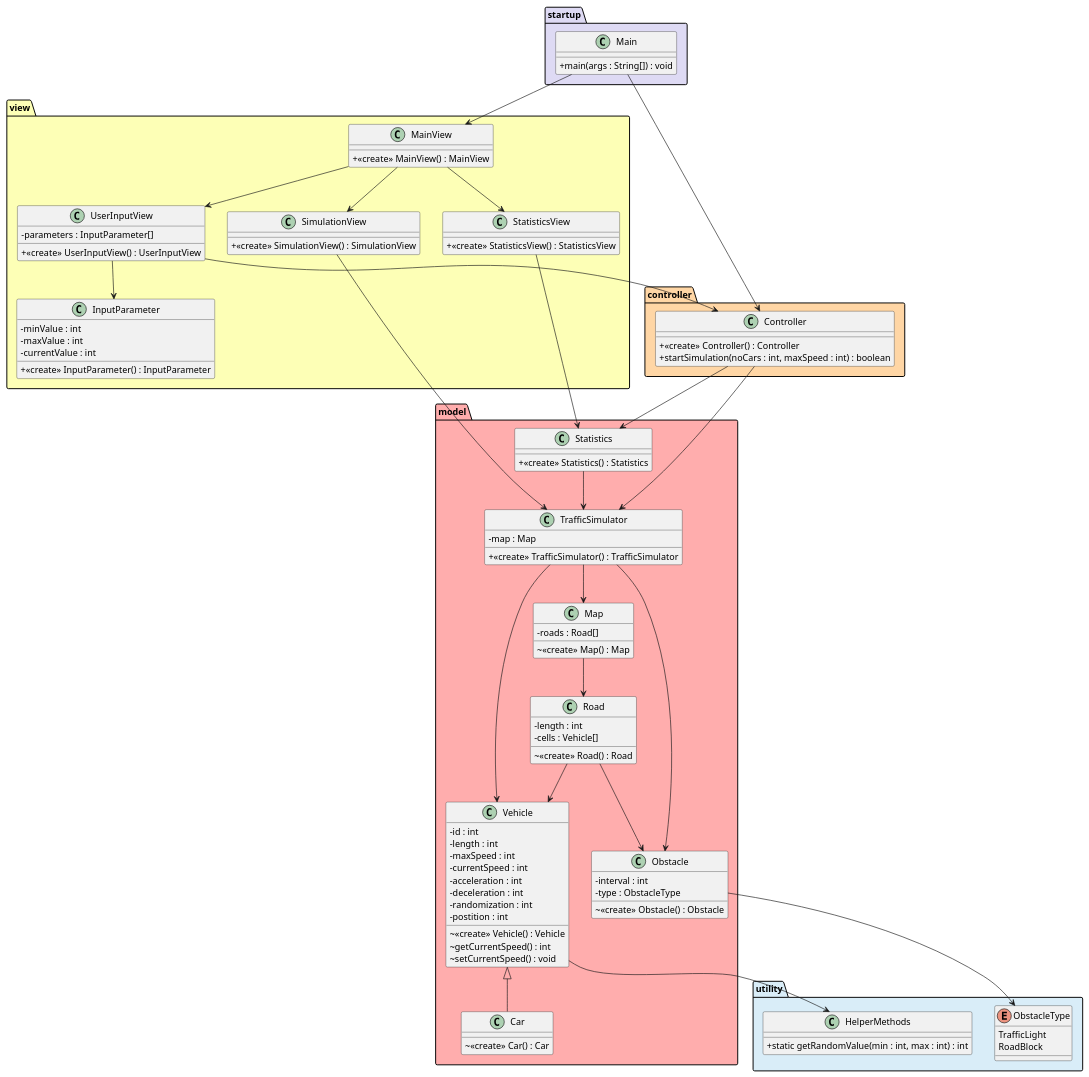
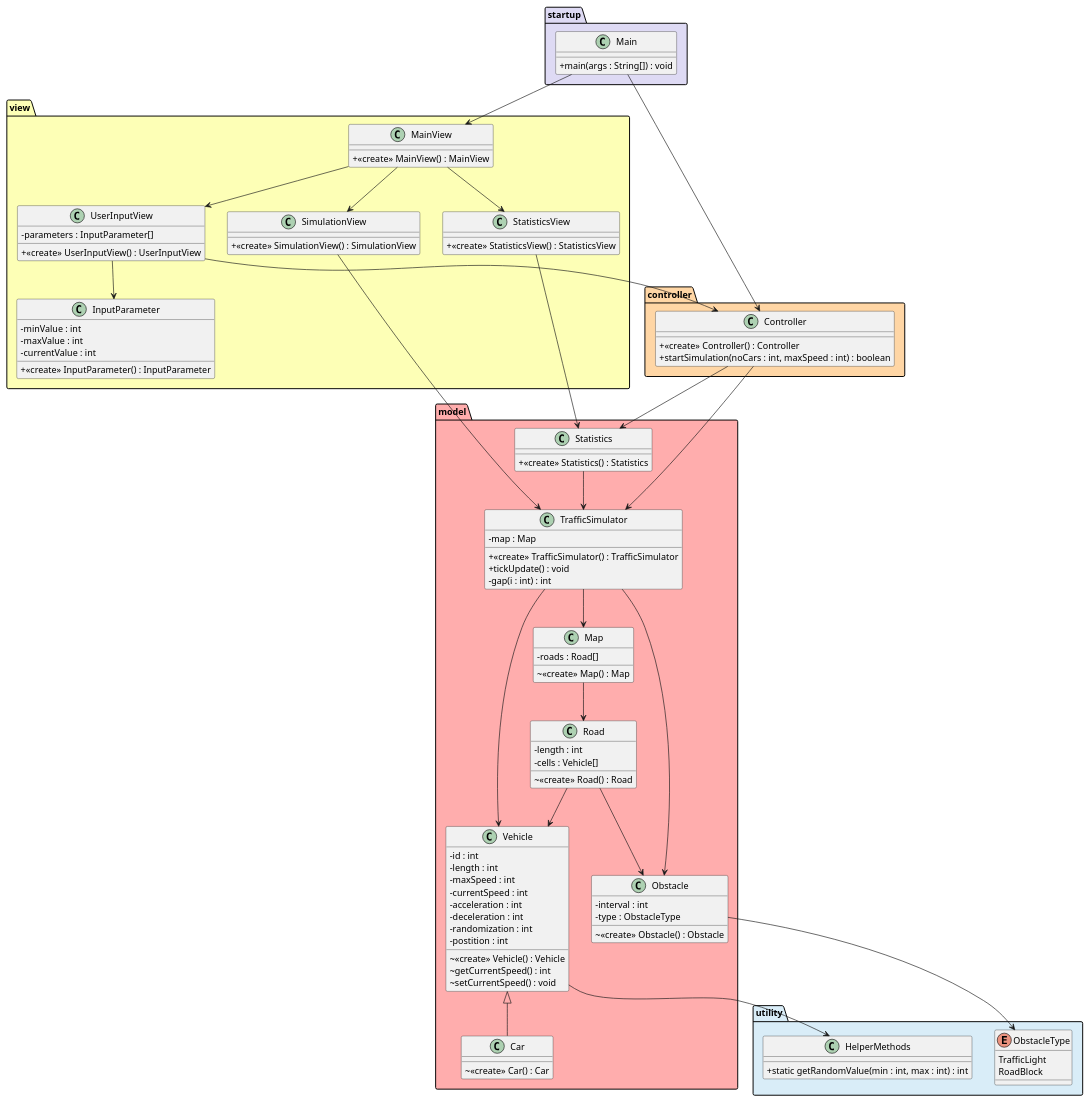
Before and after one commit to holmgren23/traffic-simulator: the diagram in class-diagram.puml, drawn with PlantUML. The commit also changed 1 other file, not shown here.

```diff
--- a/class-diagram.puml
+++ b/class-diagram.puml
@@ -1,145 +1,147 @@
 @startuml TrafficSimulator
 skinparam classAttributeIconSize 0
 
 /'colors
 #FFADAD
 #FFD6A5
 #FDFFB6
 #E4F1EE
 #D9EDF8
 #DEDAF4'/
 
 package model #FFADAD {
   class TrafficSimulator {
   - map : Map
   + <<create>> TrafficSimulator() : TrafficSimulator
+  + tickUpdate() : void
+  - gap(i : int) : int
   }
 
   class Vehicle {
     - id : int
     - length : int
     - maxSpeed : int
     - currentSpeed : int
     - acceleration : int
     - deceleration : int
     - randomization : int
     - postition : int
     ~ <<create>> Vehicle() : Vehicle
     ~ getCurrentSpeed() : int
     ~ setCurrentSpeed() : void
   }
 
   class Car {
     ~ <<create>> Car() : Car
   }
 
   class Map {
     - roads : Road[]
     ~ <<create>> Map() : Map
   }
 
   class Road {
     - length : int
     - cells : Vehicle[]
     ~ <<create>> Road() : Road
   }
 
   class Obstacle {
     - interval : int
     - type : ObstacleType
     ~ <<create>> Obstacle() : Obstacle
   }
 
   class Statistics {
     + <<create>> Statistics() : Statistics
   }
 
   TrafficSimulator --> Map
   TrafficSimulator --> Vehicle
   TrafficSimulator --> Obstacle
   Map --> Road
   Road --> Obstacle
   Road --> Vehicle
   Vehicle <|-- Car
   Statistics --> TrafficSimulator
 }
 
 package controller #FFD6A5 {
   class Controller {
     + <<create>> Controller() : Controller
     + startSimulation(noCars : int, maxSpeed : int) : boolean
   }
 
   Controller --> Statistics
   Controller --> TrafficSimulator
 }
 
 package view #FDFFB6 {
   class MainView {
     + <<create>> MainView() : MainView
   }
   class UserInputView {
     - parameters : InputParameter[]
     + <<create>> UserInputView() : UserInputView
   }
 
   class InputParameter {
     - minValue : int
     - maxValue : int
     - currentValue : int 
     + <<create>> InputParameter() : InputParameter
   }
 
   class StatisticsView {
     + <<create>> StatisticsView() : StatisticsView
   }
 
   class SimulationView {
     + <<create>> SimulationView() : SimulationView
   }
 
   MainView --> UserInputView
   MainView --> StatisticsView
   MainView --> SimulationView
   UserInputView --> InputParameter
   
   UserInputView --> Controller
   StatisticsView --> Statistics
   SimulationView --> TrafficSimulator
 }
 
 package utility #D9EDF8 {
   enum ObstacleType {
     TrafficLight
     RoadBlock
   }
 
   class HelperMethods {
     + static getRandomValue(min : int, max : int) : int
   }
 
 
   Obstacle --> ObstacleType
   Vehicle --> HelperMethods
 }
 
 package startup #DEDAF4 {
   class Main {
   + main(args : String[]) : void
 }
   Main --> Controller
   Main --> MainView
 }
 
 /'startup'/
 
 
 /'model'/
 
 /'utility'/
 
 
 
 /'view'
 
 @enduml
```
